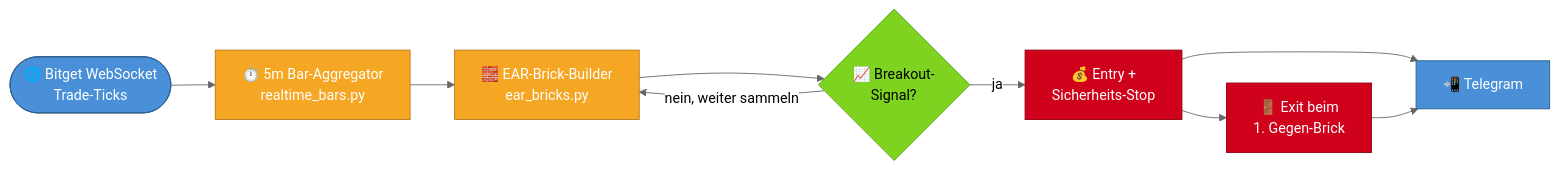
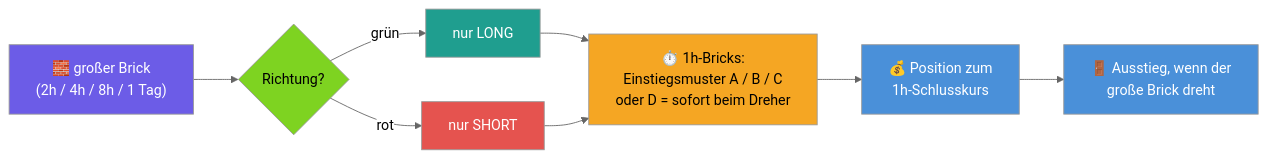
The first of 3 diagrams in README.md (Youra82/oraclebot), drawn with Mermaid (neutral theme) before and after one commit. The commit also changed other lines of this file and 46 other files, not shown here.

````diff
--- a/README.md
+++ b/README.md
@@ -181,16 +68,17 @@
 ```mermaid
 flowchart LR
-    A(["🌐 Bitget WebSocket<br/>Trade-Ticks"]):::io --> B["⏱️ 5m Bar-Aggregator<br/>realtime_bars.py"]:::proc
-    B --> C["🧱 EAR-Brick-Builder<br/>ear_bricks.py"]:::proc
-    C --> D{"📈 Breakout-<br/>Signal?"}:::decision
-    D -- "nein, weiter sammeln" --> C
-    D -- "ja" --> F["💰 Entry +<br/>Sicherheits-Stop"]:::action
-    F --> G["🚪 Exit beim<br/>1. Gegen-Brick"]:::action
-    F --> H["📲 Telegram"]:::io
-    G --> H
+    T["🧱 großer Brick<br/>(2h / 4h / 8h / 1 Tag)"]:::trend --> R{"Richtung?"}:::dec
+    R -- grün --> L["nur LONG"]:::long
+    R -- rot --> S["nur SHORT"]:::short
+    L --> E["⏱️ 1h-Bricks:<br/>Einstiegsmuster A / B / C<br/>oder D = sofort beim Dreher"]:::proc
+    S --> E
+    E --> P["💰 Position zum<br/>1h-Schlusskurs"]:::act
+    P --> X["🚪 Ausstieg, wenn der<br/>große Brick dreht"]:::act
 
-    classDef io fill:#4A90D9,stroke:#2C5F8A,color:#fff
-    classDef proc fill:#F5A623,stroke:#B8791A,color:#fff
-    classDef decision fill:#7ED321,stroke:#5AA017,color:#000
-    classDef action fill:#D0021B,stroke:#8E0113,color:#fff
+    classDef trend fill:#6C5CE7,color:#fff
+    classDef dec fill:#7ED321,color:#000
+    classDef long fill:#1f9e8f,color:#fff
+    classDef short fill:#e5534f,color:#fff
+    classDef proc fill:#F5A623,color:#000
+    classDef act fill:#4A90D9,color:#fff
 ```
````
